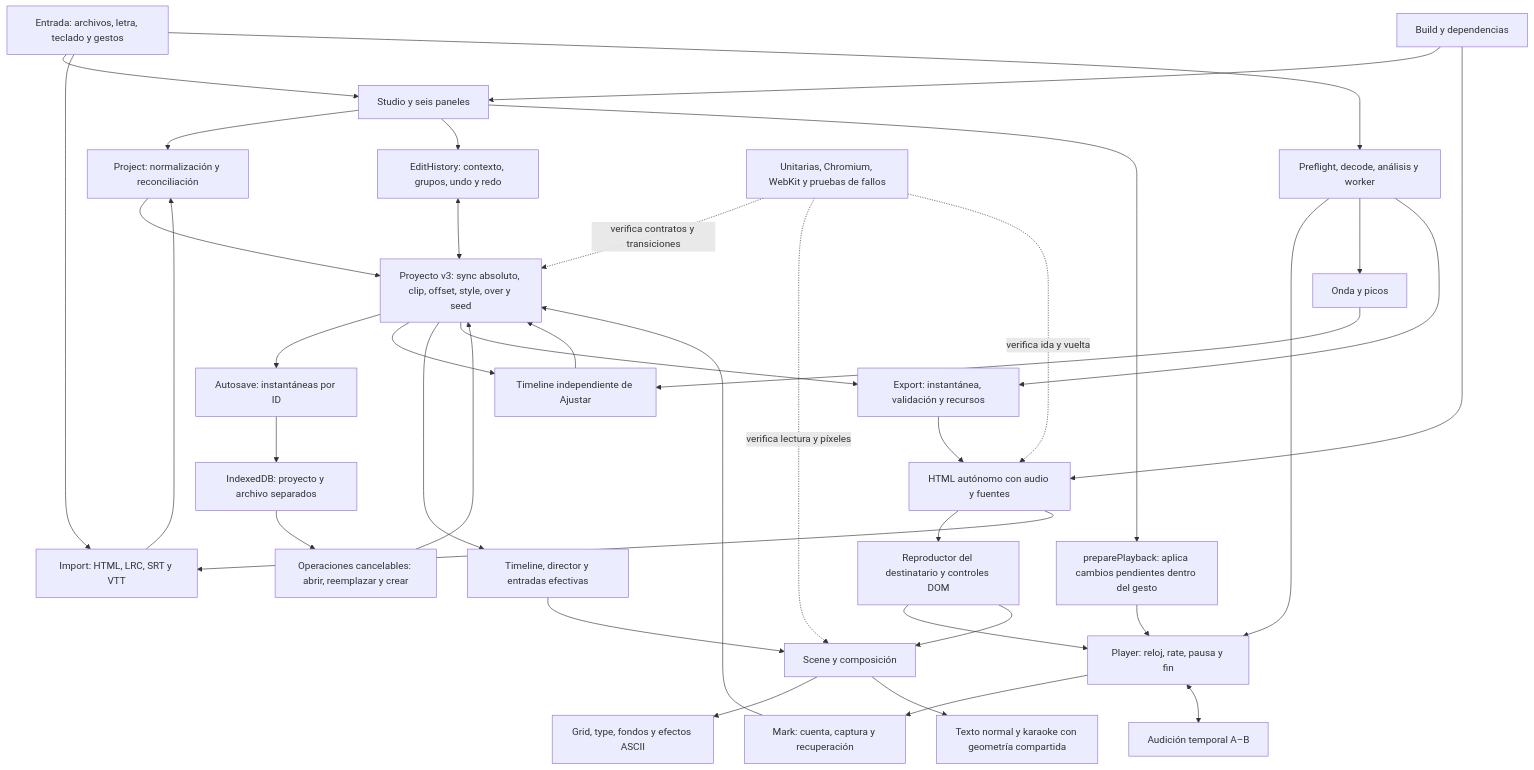
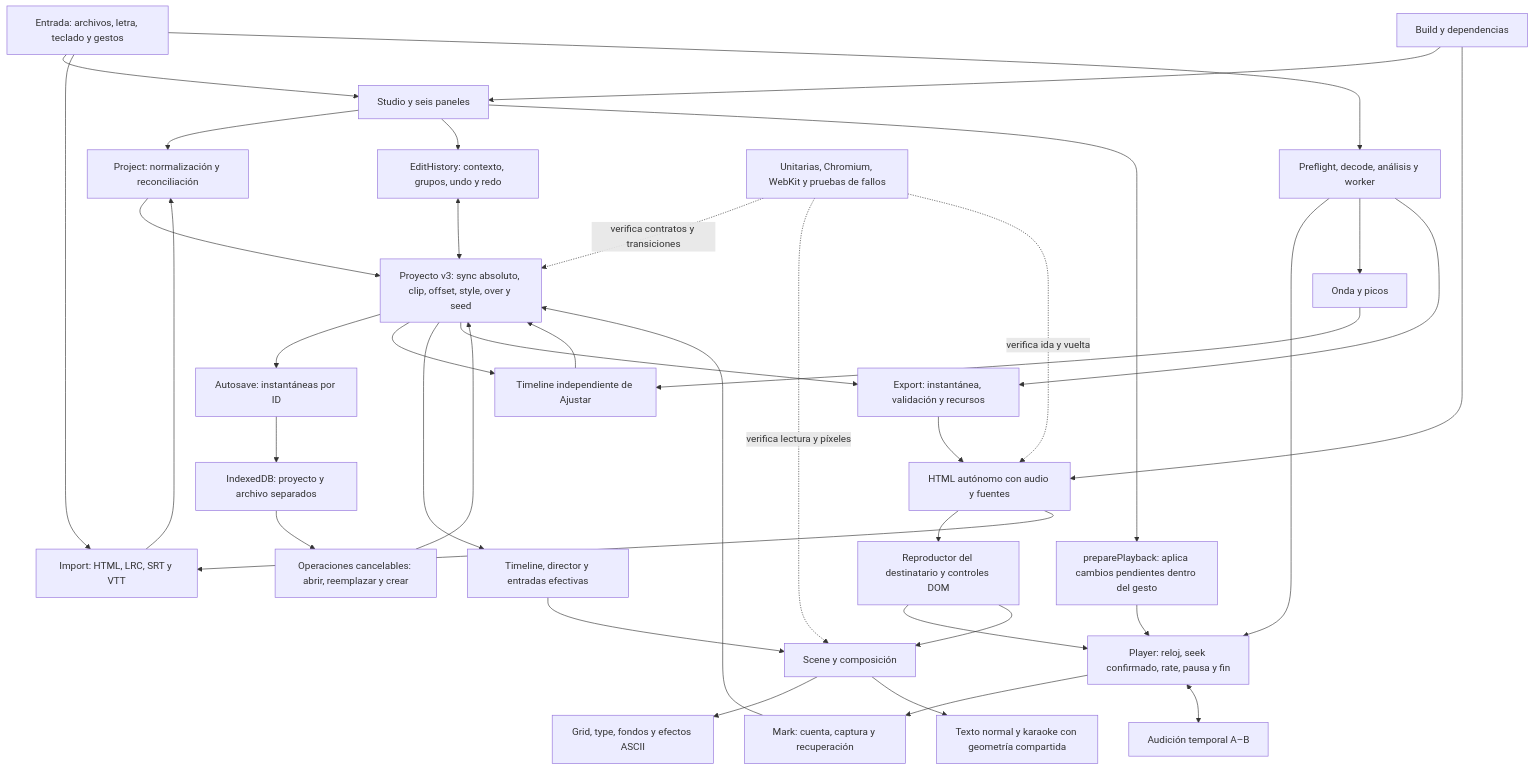
Before and after one commit to M1gu3hb/Letras-ascii: the diagram in docs/auditoria-integral.md, drawn with Mermaid. The commit also changed other lines of this file and 3 other files, not shown here.

````diff
--- a/docs/auditoria-integral.md
+++ b/docs/auditoria-integral.md
@@ -7,41 +7,41 @@
 ```mermaid
 flowchart TD
   U[Entrada: archivos, letra, teclado y gestos] --> UI[Studio y seis paneles]
   U --> IMP[Import: HTML, LRC, SRT y VTT]
   IMP --> N[Project: normalización y reconciliación]
   UI --> N
   N --> P[Proyecto v3: sync absoluto, clip, offset, style, over y seed]
   UI --> H[EditHistory: contexto, grupos, undo y redo]
   H <--> P
   P --> SAVE[Autosave: instantáneas por ID]
   SAVE --> DB[IndexedDB: proyecto y archivo separados]
   DB --> LOAD[Operaciones cancelables: abrir, reemplazar y crear]
   LOAD --> P
   U --> AUDIO[Preflight, decode, análisis y worker]
-  AUDIO --> PLAYER[Player: reloj, rate, pausa y fin]
+  AUDIO --> PLAYER[Player: reloj, seek confirmado, rate, pausa y fin]
   AUDIO --> WAVE[Onda y picos]
   UI --> READY[preparePlayback: aplica cambios pendientes dentro del gesto]
   READY --> PLAYER
   PLAYER --> MARK[Mark: cuenta, captura y recuperación]
   MARK --> P
   PLAYER <--> AB[Audición temporal A–B]
   P --> EDIT[Timeline independiente de Ajustar]
   WAVE --> EDIT
   EDIT --> P
   P --> TL[Timeline, director y entradas efectivas]
   TL --> SCENE[Scene y composición]
   SCENE --> ASCII[Grid, type, fondos y efectos ASCII]
   SCENE --> TEXT[Texto normal y karaoke con geometría compartida]
   P --> EXP[Export: instantánea, validación y recursos]
   AUDIO --> EXP
   EXP --> HTML[HTML autónomo con audio y fuentes]
   HTML --> REC[Reproductor del destinatario y controles DOM]
   REC --> PLAYER
   REC --> SCENE
   HTML --> IMP
   BUILD[Build y dependencias] --> UI
   BUILD --> HTML
   TEST[Unitarias, Chromium, WebKit y pruebas de fallos] -. verifica contratos y transiciones .-> P
   TEST -. verifica lectura y píxeles .-> SCENE
   TEST -. verifica ida y vuelta .-> HTML
 ```
````
